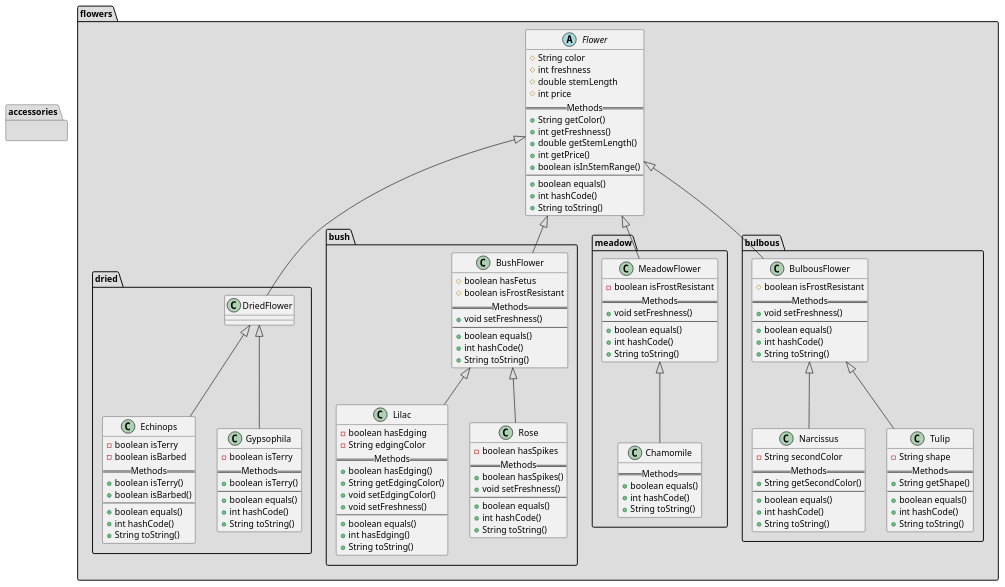
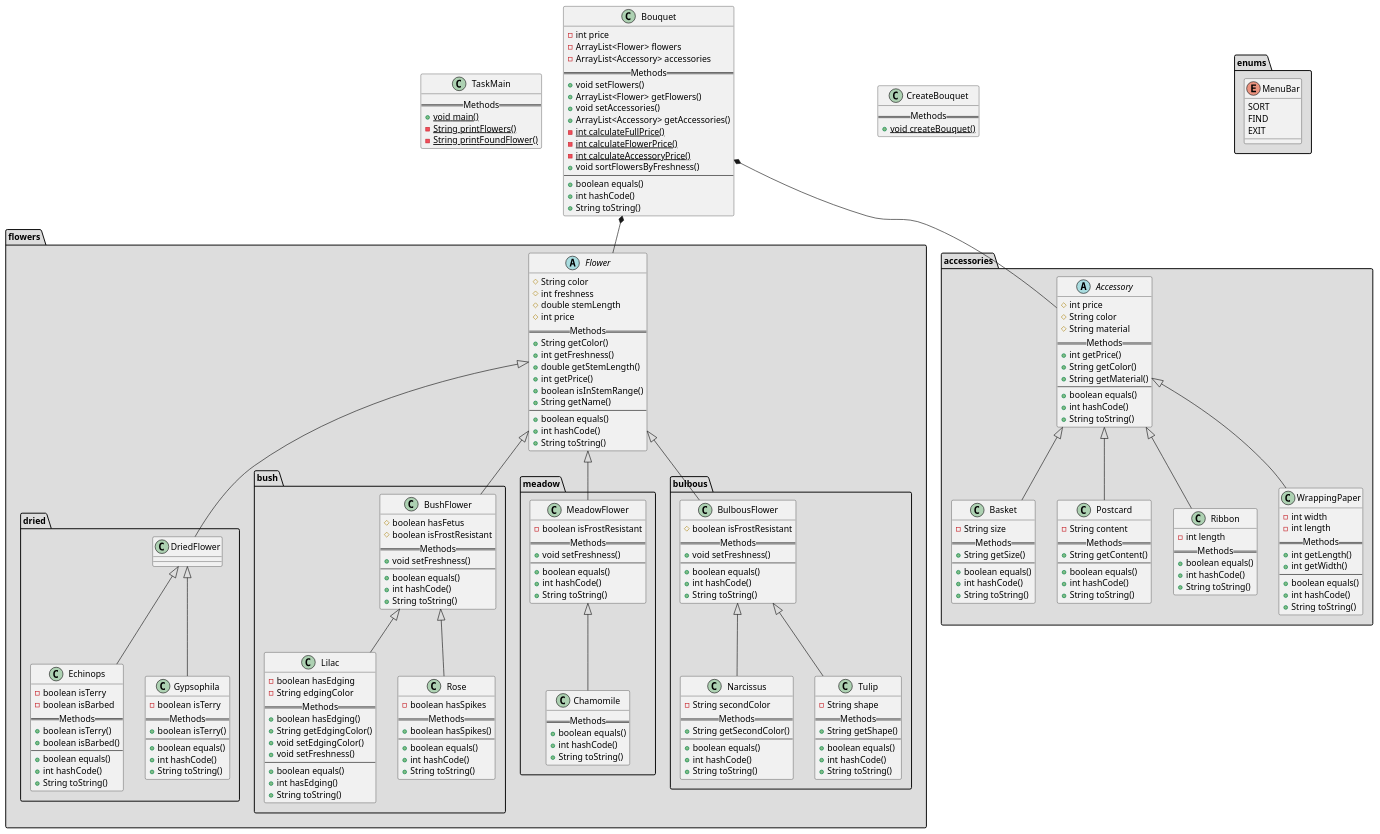
The diagram in ЛАБ_4/LAB_4/uml/task2/Task2.puml (elaboratee/industrial_programming), drawn with PlantUML before and after one commit. The commit also changed 9 other files, not shown here.

```diff
--- a/ЛАБ_4/LAB_4/uml/task2/Task2.puml
+++ b/ЛАБ_4/LAB_4/uml/task2/Task2.puml
@@ -12,6 +12,7 @@
         + double getStemLength()
         + int getPrice()
         + boolean isInStemRange()
+        + String getName()
         --
         + boolean equals()
         + int hashCode()
@@ -75,7 +76,6 @@
         - boolean hasSpikes
         == Methods ==
         + boolean hasSpikes()
-        + void setFreshness()
         --
         + boolean equals()
         + int hashCode()
@@ -150,7 +150,108 @@
 
 MeadowFlower <|-- Chamomile
 
+
 package accessories #DDDDDD {
+    abstract class Accessory {
+        # int price
+        # String color
+        # String material
+        == Methods ==
+        + int getPrice()
+        + String getColor()
+        + String getMaterial()
+        --
+        + boolean equals()
+        + int hashCode()
+        + String toString()
+    }
+
+    class Basket {
+        - String size
+        == Methods ==
+        + String getSize()
+        --
+        + boolean equals()
+        + int hashCode()
+        + String toString()
+    }
+
+    class Postcard {
+        - String content
+        == Methods ==
+        + String getContent()
+        --
+        + boolean equals()
+        + int hashCode()
+        + String toString()
+    }
+
+    class Ribbon {
+        - int length
+        == Methods ==
+        + boolean equals()
+        + int hashCode()
+        + String toString()
+    }
+
+    class WrappingPaper {
+        - int width
+        - int length
+        == Methods ==
+        + int getLength()
+        + int getWidth()
+        --
+        + boolean equals()
+        + int hashCode()
+        + String toString()
+    }
 }
 
+Accessory <|-- Basket
+Accessory <|-- Postcard
+Accessory <|-- Ribbon
+Accessory <|-- WrappingPaper
+
+package enums #DDDDDD {
+    enum MenuBar {
+        SORT
+        FIND
+        EXIT
+    }
+}
+
+class TaskMain {
+    == Methods ==
+    + {static} void main()
+    - {static} String printFlowers()
+    - {static} String printFoundFlower()
+}
+
+class Bouquet {
+    - int price
+    - ArrayList<Flower> flowers
+    - ArrayList<Accessory> accessories
+    == Methods ==
+    + void setFlowers()
+    + ArrayList<Flower> getFlowers()
+    + void setAccessories()
+    + ArrayList<Accessory> getAccessories()
+    - {static} int calculateFullPrice()
+    - {static} int calculateFlowerPrice()
+    - {static} int calculateAccessoryPrice()
+    + void sortFlowersByFreshness()
+    --
+    + boolean equals()
+    + int hashCode()
+    + String toString()
+}
+
+class CreateBouquet {
+    == Methods ==
+    + {static} void createBouquet()
+}
+
+Bouquet *-- Flower
+Bouquet *-- Accessory
+
 @enduml
```
